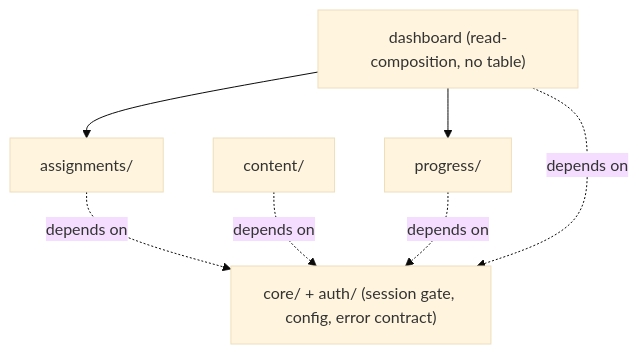
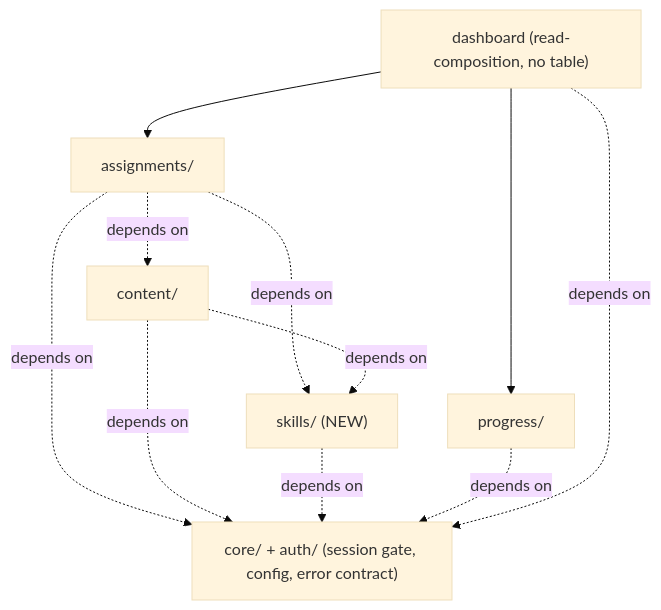
Before and after one commit to PTirumalaVasu/TalentPilot-AI: the first of 3 diagrams in _bmad-output/planning-artifacts/architecture/architecture-TalentPilot-AI-2026-07-09/ARCHITECTURE-SPINE.md, drawn with Mermaid (base theme). The commit also changed other lines of this file and 10 other files, not shown here.

````diff
--- a/_bmad-output/planning-artifacts/architecture/architecture-TalentPilot-AI-2026-07-09/ARCHITECTURE-SPINE.md
+++ b/_bmad-output/planning-artifacts/architecture/architecture-TalentPilot-AI-2026-07-09/ARCHITECTURE-SPINE.md
@@ -105,15 +106,20 @@
 ```mermaid
 graph TD
     Core["core/ + auth/ (session gate, config, error contract)"]
     Assign["assignments/"]
     Content["content/"]
+    Skills["skills/ (NEW)"]
     Progress["progress/"]
     Dash["dashboard (read-composition, no table)"]
 
     Dash --> Assign
     Dash --> Progress
+    Assign -. depends on .-> Content
+    Assign -. depends on .-> Skills
+    Content -. depends on .-> Skills
     Assign -. depends on .-> Core
     Content -. depends on .-> Core
+    Skills -. depends on .-> Core
     Progress -. depends on .-> Core
     Dash -. depends on .-> Core
 ```
````
